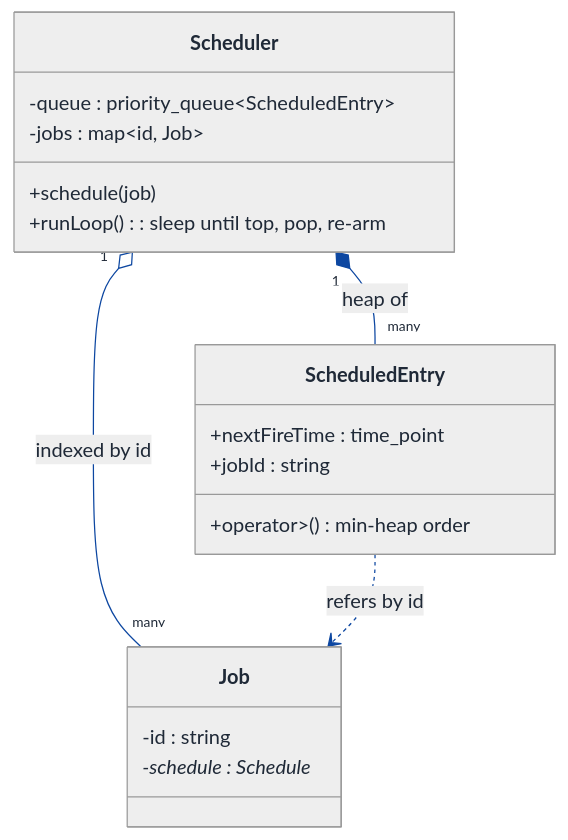
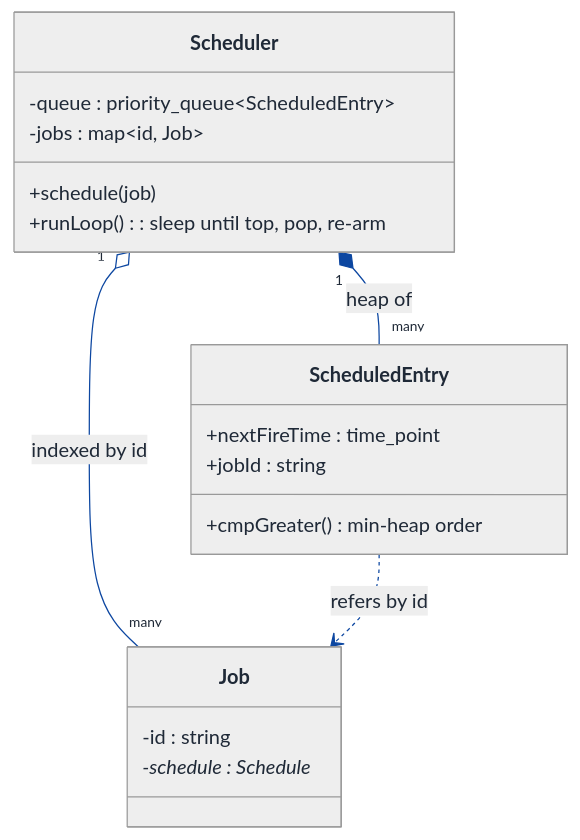
One commit to Prateek-5/question-bank changed the second of 8 diagrams in LLD/Topics/LLD_DataStructures/Cron_Job_Scheduler.md. Above: the diagram before and after it, drawn with Mermaid. The commit also changed other lines of this file and 93 other files, not shown here.

First line of the commit message:
Fix GitHub mermaid render failure: strip themeCSS from frontmatter

````diff
--- a/LLD/Topics/LLD_DataStructures/Cron_Job_Scheduler.md
+++ b/LLD/Topics/LLD_DataStructures/Cron_Job_Scheduler.md
@@ -427,76 +405,54 @@
 ```mermaid
 ---
 config:
   theme: neutral
   themeVariables:
     background: '#ffffff'
     primaryColor: '#cfe2ff'
     primaryTextColor: '#1f2937'
     primaryBorderColor: '#084298'
     secondaryColor: '#fff3cd'
     secondaryTextColor: '#1f2937'
     secondaryBorderColor: '#664d03'
     tertiaryColor: '#d1e7dd'
     tertiaryTextColor: '#1f2937'
     tertiaryBorderColor: '#0a3622'
     lineColor: '#0d47a1'
     textColor: '#1f2937'
     noteBkgColor: '#fff3cd'
     noteTextColor: '#1f2937'
     noteBorderColor: '#997404'
     actorBkg: '#cfe2ff'
     actorBorder: '#084298'
     actorTextColor: '#1f2937'
     signalColor: '#0d47a1'
     signalTextColor: '#1f2937'
     labelBoxBkgColor: '#ffffff'
     labelBoxBorderColor: '#d3d3d3'
     labelTextColor: '#1f2937'
     edgeLabelBackground: '#ffffff'
     labelBackground: '#ffffff'
     classText: '#1f2937'
     fontFamily: 'system-ui, -apple-system, Segoe UI, Helvetica, Arial, sans-serif'
-  themeCSS: |
-    .messageText, .labelText, .sequenceNumber {
-      paint-order: stroke fill;
-      stroke: #ffffff;
-      stroke-width: 5px;
-      stroke-linejoin: round;
-      stroke-linecap: round;
-    }
-    .edgePath path,
-    .flowchart-link,
-    .messageLine0,
-    .messageLine1,
-    .relation,
-    .composition,
-    .aggregation,
-    .extension,
-    .dependency {
-      stroke-width: 2.5px !important;
-    }
-    marker path {
-      stroke-width: 1.5px !important;
-    }
 ---
 classDiagram
   direction TB
   class Scheduler {
     -queue : priority_queue~ScheduledEntry~
     -jobs : map~id, Job~
     +schedule(job)
     +runLoop() : sleep until top, pop, re-arm
   }
   class ScheduledEntry {
     +nextFireTime : time_point
     +jobId : string
-    +operator&gt;() min-heap order
+    +cmpGreater() min-heap order
   }
   class Job {
     -id : string
     -schedule : Schedule*
   }
   Scheduler "1" *-- "many" ScheduledEntry : heap of
   Scheduler "1" o-- "many" Job : indexed by id
   ScheduledEntry ..> Job : refers by id
 ```
````
